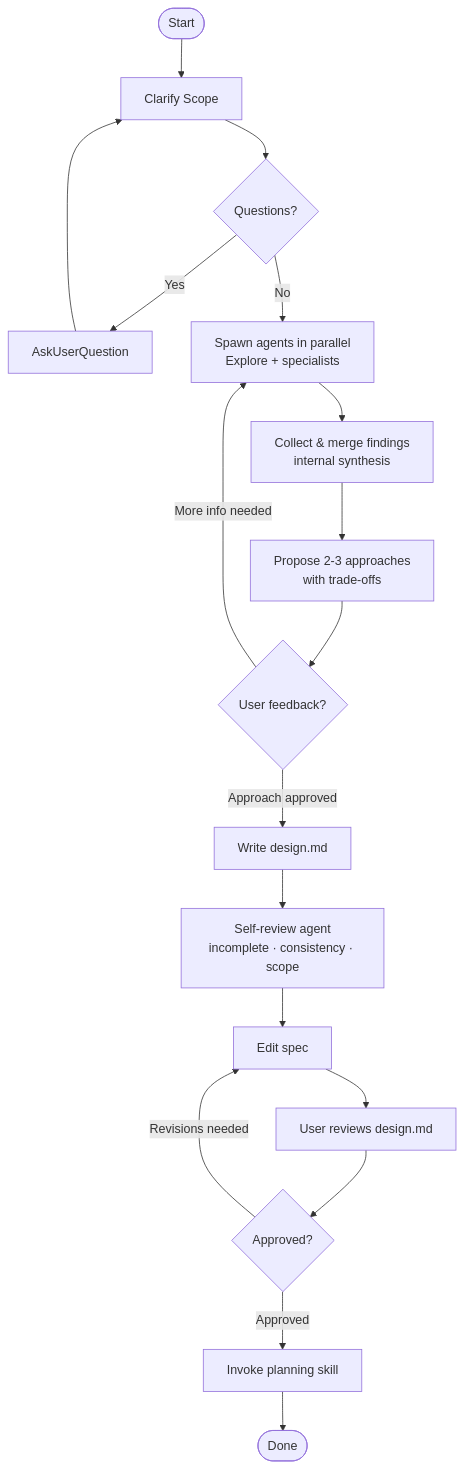
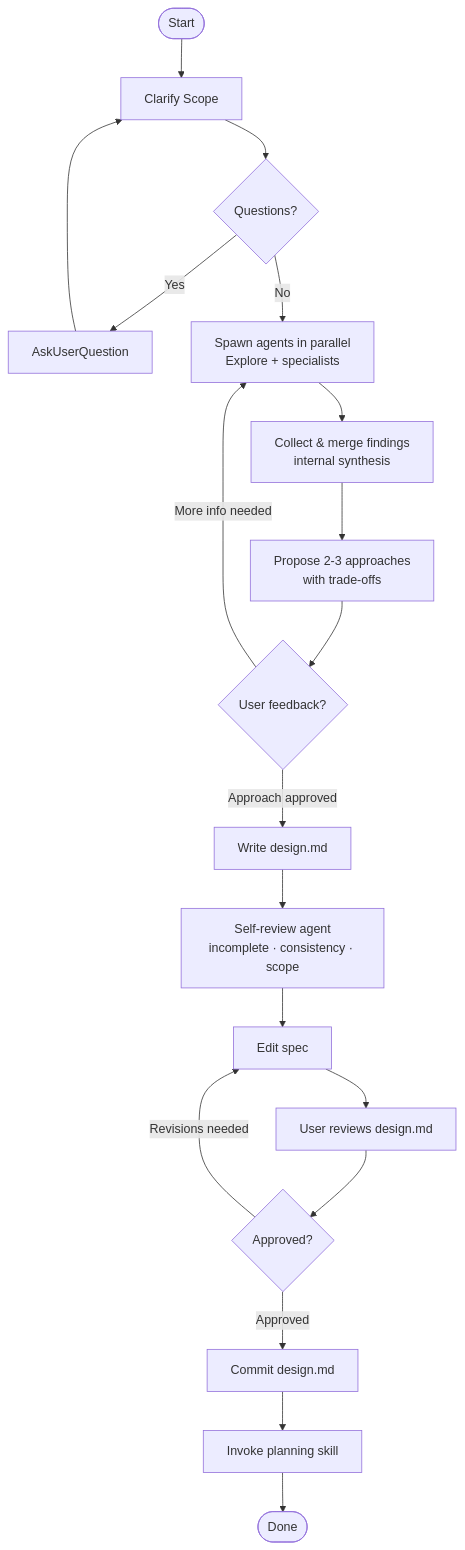
The diagram in plugins/claude-code-tools/skills/researching/SKILL.md (nilpath/nilpath-marketplace), drawn with Mermaid before and after one commit. The commit also changed other lines of this file and 8 other files, not shown here.

First line of the commit message:
feat: add planning skill, task-decomposer and plan-reviewer agents (v0.5.8) (#26)

````diff
--- a/plugins/claude-code-tools/skills/researching/SKILL.md
+++ b/plugins/claude-code-tools/skills/researching/SKILL.md
@@ -31,20 +32,21 @@
 ```mermaid
 flowchart TD
     A([Start]) --> B[Clarify Scope]
     B --> C{Questions?}
     C -- Yes --> D[AskUserQuestion]
     D --> B
     C -- No --> E[Spawn agents in parallel\nExplore + specialists]
     E --> F[Collect & merge findings\ninternal synthesis]
     F --> G[Propose 2-3 approaches\nwith trade-offs]
     G --> H{User feedback?}
     H -- More info needed --> E
     H -- Approach approved --> I[Write design.md]
     I --> J[Self-review agent\nincomplete · consistency · scope]
     J --> K[Edit spec]
     K --> L[User reviews design.md]
     L --> M{Approved?}
     M -- Revisions needed --> K
-    M -- Approved --> N[Invoke planning skill]
-    N --> Z([Done])
+    M -- Approved --> N[Commit design.md]
+    N --> O[Invoke planning skill]
+    O --> Z([Done])
 ```
````
